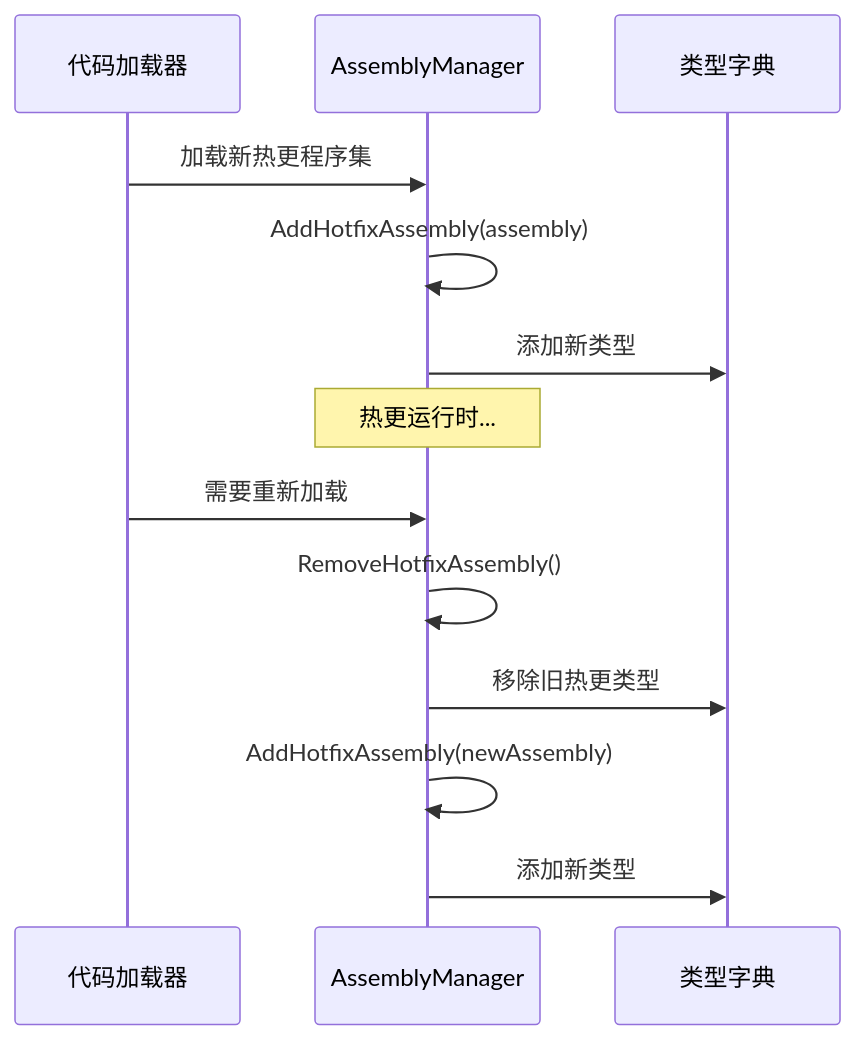
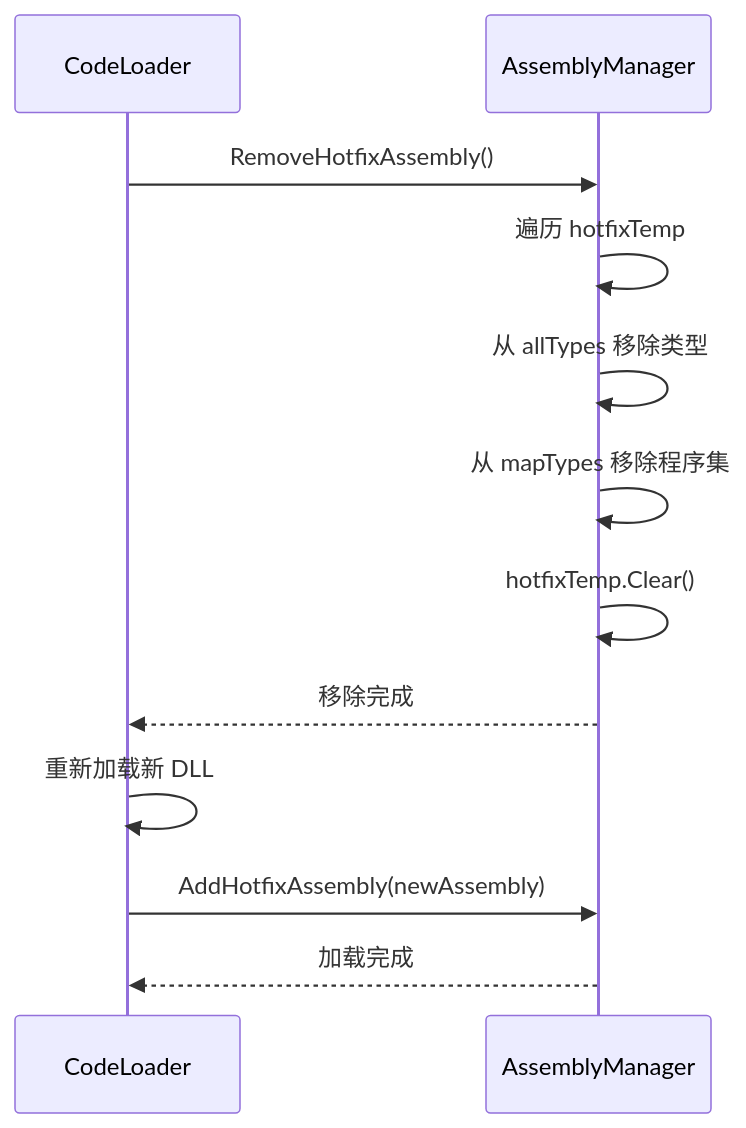
One commit to acsta/Container changed the second of 2 diagrams in Assets/Scripts/Mono/Module/Assembly/AssemblyManager.cs.md. Above: the diagram before and after it, drawn with Mermaid. The commit also changed other lines of this file and 11 other files, not shown here.

````diff
--- a/Assets/Scripts/Mono/Module/Assembly/AssemblyManager.cs.md
+++ b/Assets/Scripts/Mono/Module/Assembly/AssemblyManager.cs.md
@@ -147,18 +234,16 @@
 ```mermaid
 sequenceDiagram
-    participant CodeLoader as 代码加载器
+    participant CL as CodeLoader
     participant AM as AssemblyManager
-    participant Types as 类型字典
 
-    CodeLoader->>AM: 加载新热更程序集
-    AM->>AM: AddHotfixAssembly(assembly)
-    AM->>Types: 添加新类型
+    CL->>AM: RemoveHotfixAssembly()
+    AM->>AM: 遍历 hotfixTemp
+    AM->>AM: 从 allTypes 移除类型
+    AM->>AM: 从 mapTypes 移除程序集
+    AM->>AM: hotfixTemp.Clear()
+    AM-->>CL: 移除完成
     
-    Note over AM: 热更运行时...
-    
-    CodeLoader->>AM: 需要重新加载
-    AM->>AM: RemoveHotfixAssembly()
-    AM->>Types: 移除旧热更类型
-    AM->>AM: AddHotfixAssembly(newAssembly)
-    AM->>Types: 添加新类型
+    CL->>CL: 重新加载新 DLL
+    CL->>AM: AddHotfixAssembly(newAssembly)
+    AM-->>CL: 加载完成
 ```
````
